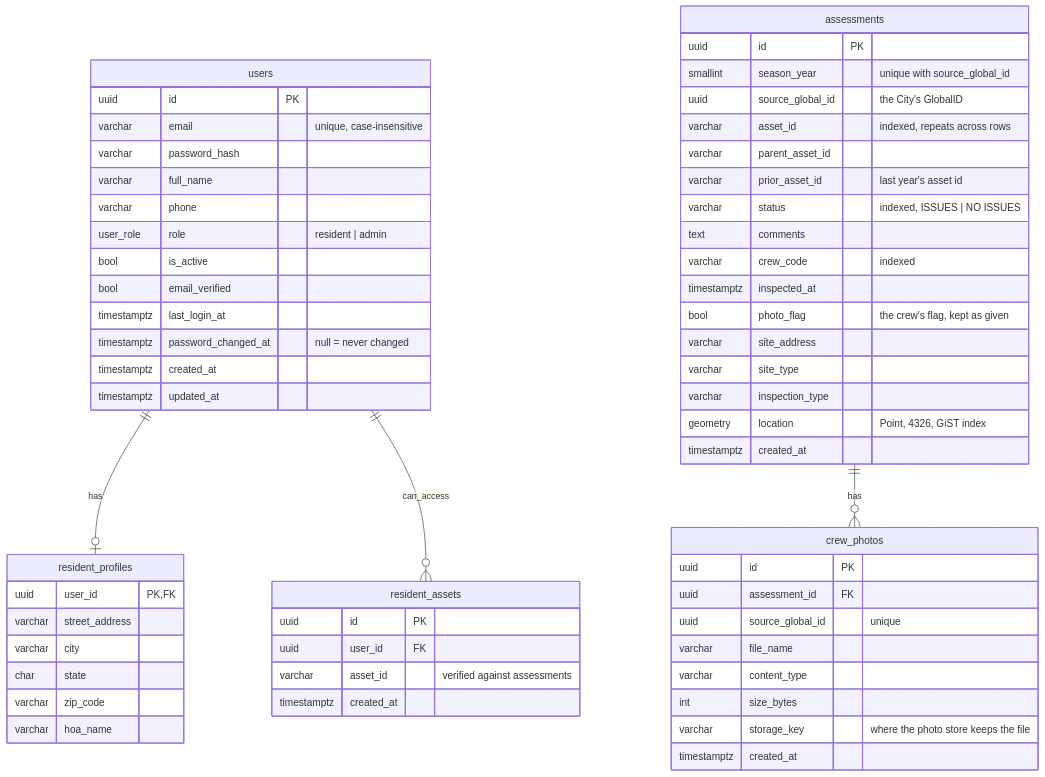
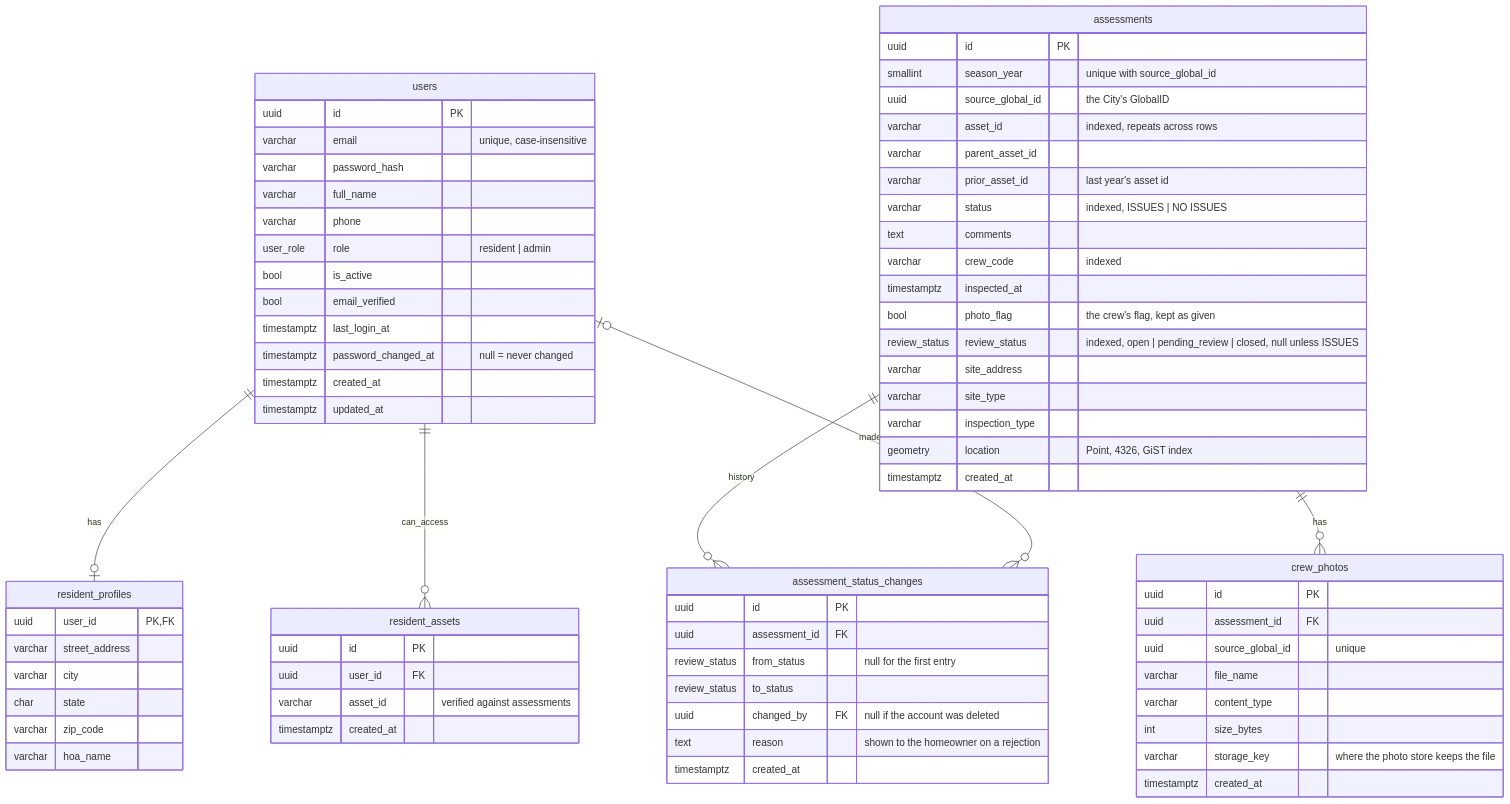
One commit to fliu-sfd/Fire_Haz_Veg_Portal changed the diagram in docs/database.md. Above: the diagram before and after it, drawn with Mermaid. The commit also changed other lines of this file and 6 other files, not shown here.

Commit message:
feat: add review status tracking for assessments and related change history

````diff
--- a/docs/database.md
+++ b/docs/database.md
@@ -28,63 +28,75 @@
 ```mermaid
 erDiagram
     users ||--o| resident_profiles : has
     users ||--o{ resident_assets : can_access
     assessments ||--o{ crew_photos : has
+    assessments ||--o{ assessment_status_changes : history
+    users |o--o{ assessment_status_changes : made
 
     users {
         uuid id PK
         varchar email "unique, case-insensitive"
         varchar password_hash
         varchar full_name
         varchar phone
         user_role role "resident | admin"
         bool is_active
         bool email_verified
         timestamptz last_login_at
         timestamptz password_changed_at "null = never changed"
         timestamptz created_at
         timestamptz updated_at
     }
     resident_profiles {
         uuid user_id PK, FK
         varchar street_address
         varchar city
         char state
         varchar zip_code
         varchar hoa_name
     }
     resident_assets {
         uuid id PK
         uuid user_id FK
         varchar asset_id "verified against assessments"
         timestamptz created_at
     }
     assessments {
         uuid id PK
         smallint season_year "unique with source_global_id"
         uuid source_global_id "the City's GlobalID"
         varchar asset_id "indexed, repeats across rows"
         varchar parent_asset_id
         varchar prior_asset_id "last year's asset id"
         varchar status "indexed, ISSUES | NO ISSUES"
         text comments
         varchar crew_code "indexed"
         timestamptz inspected_at
         bool photo_flag "the crew's flag, kept as given"
+        review_status review_status "indexed, open | pending_review | closed, null unless ISSUES"
         varchar site_address
         varchar site_type
         varchar inspection_type
         geometry location "Point, 4326, GiST index"
         timestamptz created_at
     }
     crew_photos {
         uuid id PK
         uuid assessment_id FK
         uuid source_global_id "unique"
         varchar file_name
         varchar content_type
         int size_bytes
         varchar storage_key "where the photo store keeps the file"
         timestamptz created_at
     }
+    assessment_status_changes {
+        uuid id PK
+        uuid assessment_id FK
+        review_status from_status "null for the first entry"
+        review_status to_status
+        uuid changed_by FK "null if the account was deleted"
+        text reason "shown to the homeowner on a rejection"
+        timestamptz created_at
+    }
 ```
````
